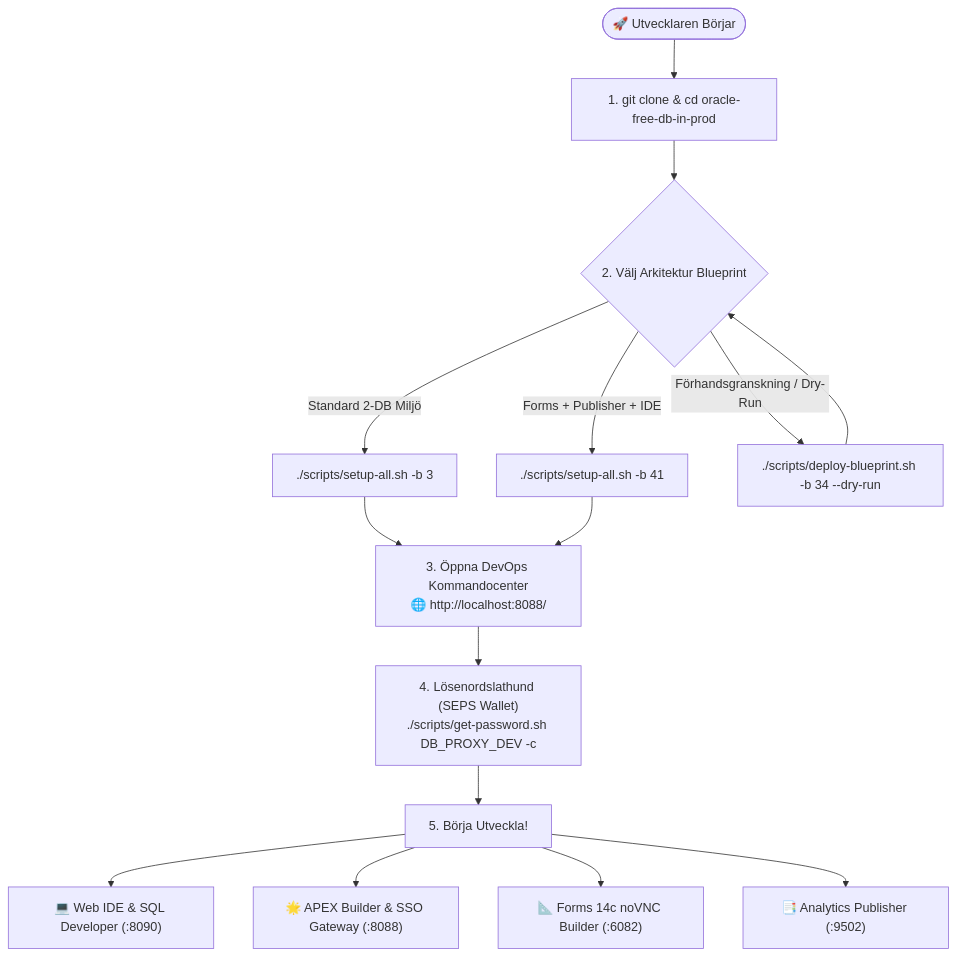
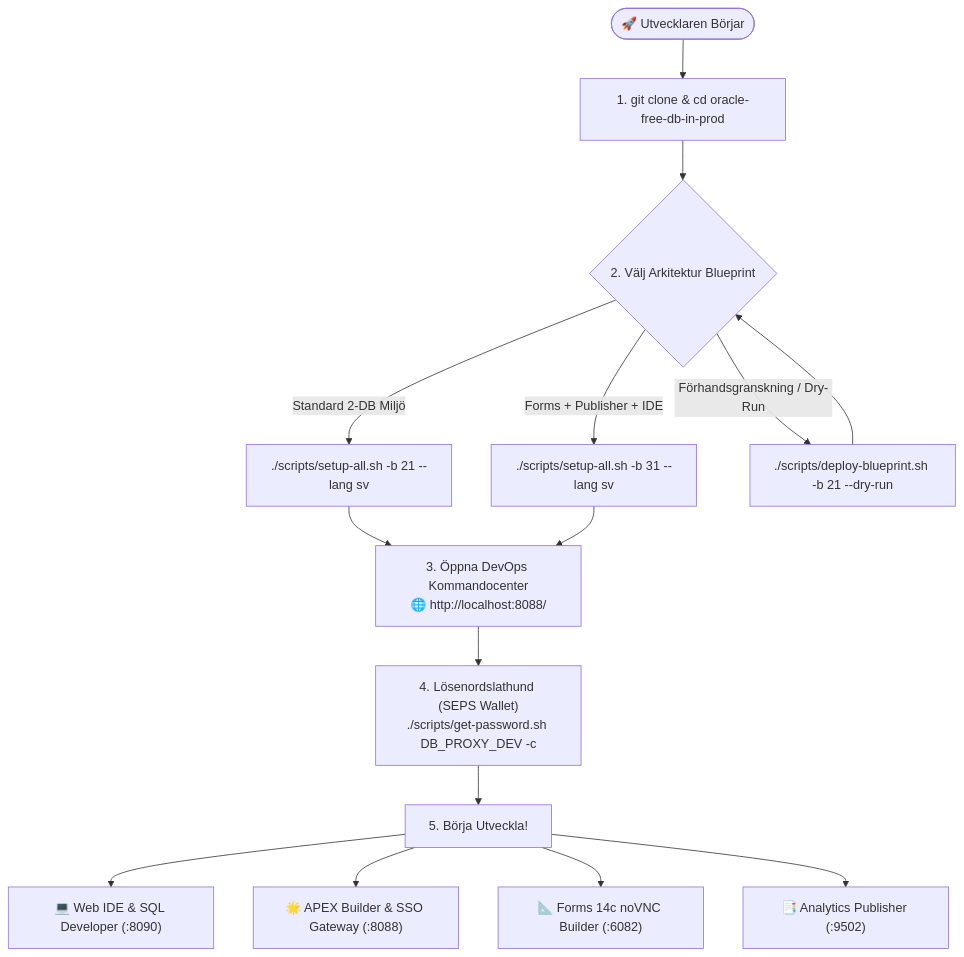
Before and after one commit to alahe/oracle-devops-platform: the first of 3 diagrams in docs/sv/README.md, drawn with Mermaid. The commit also changed other lines of this file and 280 other files, not shown here.

First line of the commit message:
feat(architecture): standardize 15 blueprints, enhance DR snapshot recovery & artifactory publishing

````diff
--- a/docs/sv/README.md
+++ b/docs/sv/README.md
@@ -26,21 +26,21 @@
 ```mermaid
 flowchart TD
     Start(["🚀 Utvecklaren Börjar"]) --> Clone["1. git clone & cd oracle-free-db-in-prod"]
     Clone --> ChooseBP{"2. Välj Arkitektur Blueprint"}
     
-    ChooseBP -->|Standard 2-DB Miljö| BP3["./scripts/setup-all.sh -b 3"]
-    ChooseBP -->|Forms + Publisher + IDE| BP41["./scripts/setup-all.sh -b 41"]
-    ChooseBP -->|Förhandsgranskning / Dry-Run| BPDry["./scripts/deploy-blueprint.sh -b 34 --dry-run"]
+    ChooseBP -->|Standard 2-DB Miljö| BP21["./scripts/setup-all.sh -b 21 --lang sv"]
+    ChooseBP -->|Forms + Publisher + IDE| BP31["./scripts/setup-all.sh -b 31 --lang sv"]
+    ChooseBP -->|Förhandsgranskning / Dry-Run| BPDry["./scripts/deploy-blueprint.sh -b 21 --dry-run"]
     
-    BP3 --> DevHub["3. Öppna DevOps Kommandocenter<br/>🌐 http://localhost:8088/"]
-    BP41 --> DevHub
+    BP21 --> DevHub["3. Öppna DevOps Kommandocenter<br/>🌐 http://localhost:8088/"]
+    BP31 --> DevHub
     BPDry --> ChooseBP
     
     DevHub --> PwdSpikker["4. Lösenordslathund (SEPS Wallet)<br/>./scripts/get-password.sh DB_PROXY_DEV -c"]
     
     PwdSpikker --> DevWork["5. Börja Utveckla!"]
     DevWork --> WorkIDE["💻 Web IDE & SQL Developer (:8090)"]
     DevWork --> WorkAPEX["🌟 APEX Builder & SSO Gateway (:8088)"]
     DevWork --> WorkForms["📐 Forms 14c noVNC Builder (:6082)"]
     DevWork --> WorkPub["📑 Analytics Publisher (:9502)"]
 ```
````
